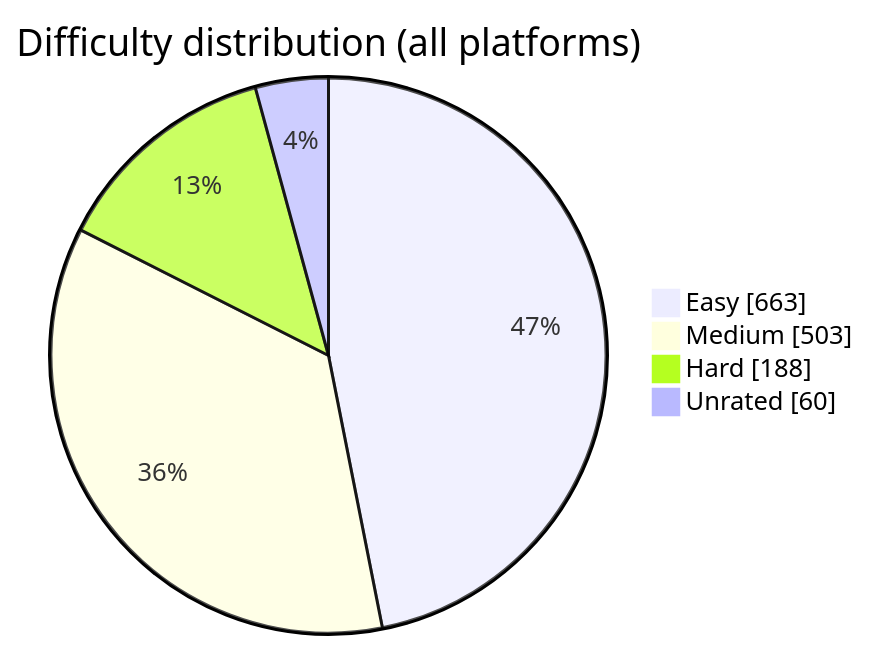
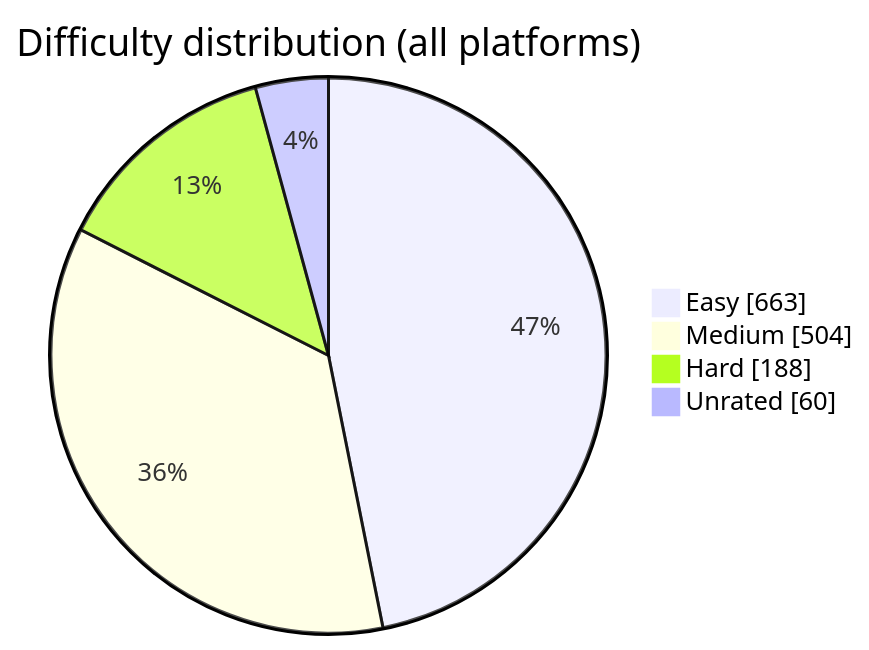
One commit to BuildbyArindam/Daily-Coding-Log changed the diagram in README.md. Above: the diagram before and after it, drawn with Mermaid. The commit also changed other lines of this file, not shown here.

````diff
--- a/README.md
+++ b/README.md
@@ -93,7 +93,7 @@
 ```mermaid
 pie showData title Difficulty distribution (all platforms)
     "Easy" : 663
-    "Medium" : 503
+    "Medium" : 504
     "Hard" : 188
     "Unrated" : 60
 ```
````
